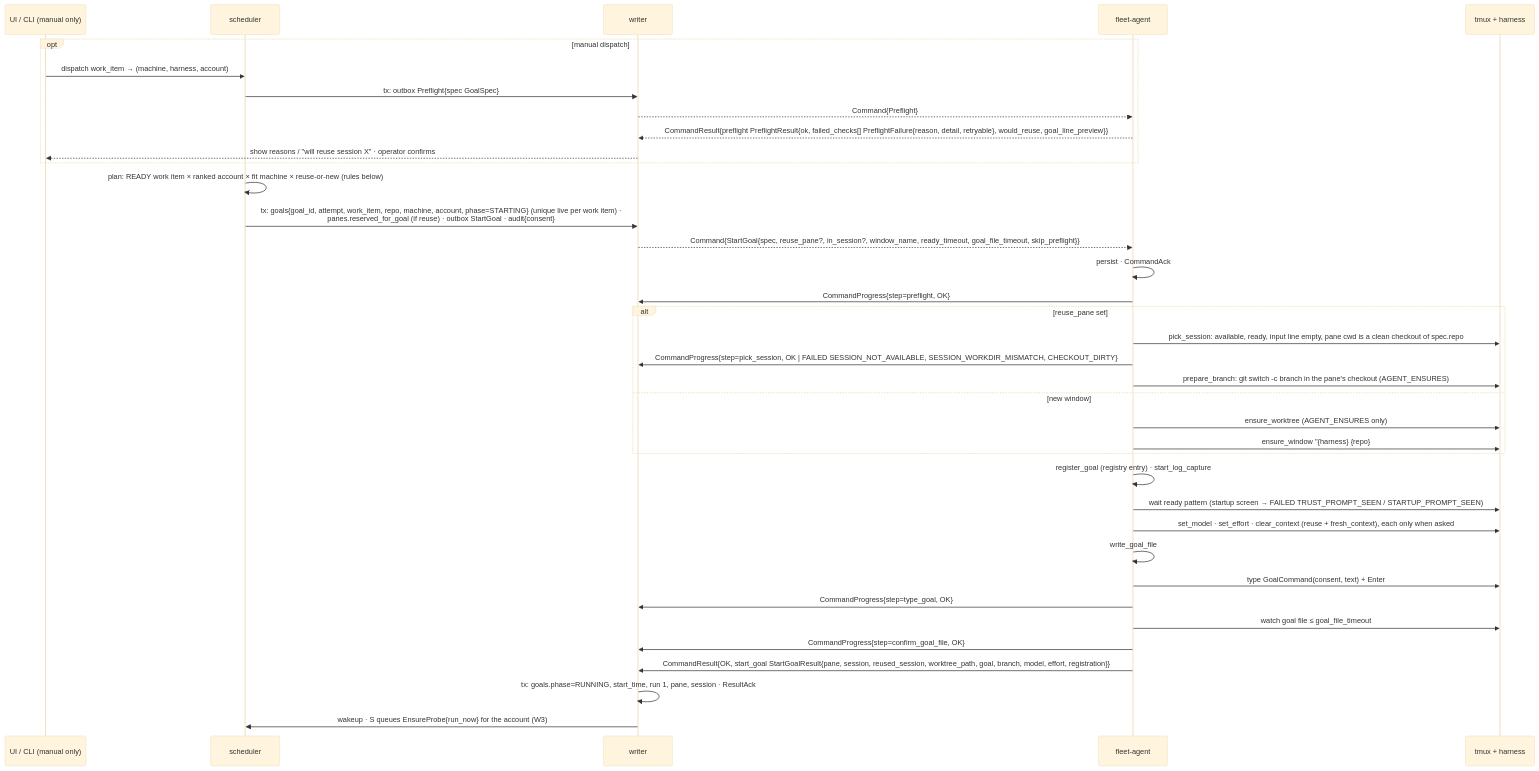
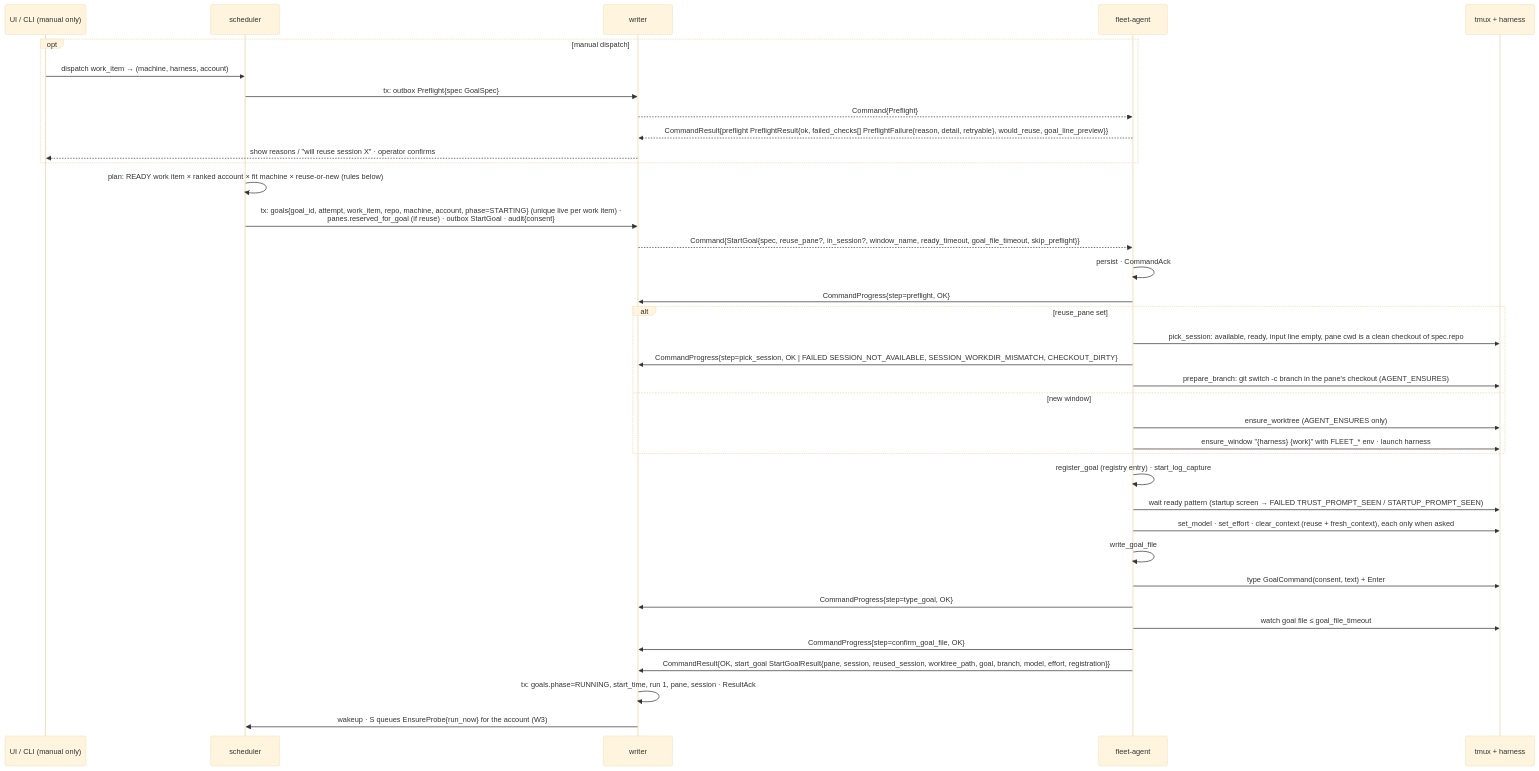
The first of 4 diagrams in docs/specs/03c-goals.md (linuxdynasty/fleet-board), drawn with Mermaid (base theme) before and after one commit. The commit also changed other lines of this file and 48 other files, not shown here.

````diff
--- a/docs/specs/03c-goals.md
+++ b/docs/specs/03c-goals.md
@@ -20,39 +20,39 @@
 ```mermaid
 sequenceDiagram
   participant U as UI / CLI (manual only)
   participant S as scheduler
   participant W as writer
   participant A as fleet-agent
   participant T as tmux + harness
   opt manual dispatch
     U->>S: dispatch work_item → (machine, harness, account)
     S->>W: tx: outbox Preflight{spec GoalSpec}
     W-->>A: Command{Preflight}
     A-->>W: CommandResult{preflight PreflightResult{ok, failed_checks[] PreflightFailure{reason, detail, retryable}, would_reuse, goal_line_preview}}
     W-->>U: show reasons / "will reuse session X" · operator confirms
   end
   S->>S: plan: READY work item × ranked account × fit machine × reuse-or-new (rules below)
   S->>W: tx: goals{goal_id, attempt, work_item, repo, machine, account, phase=STARTING} (unique live per work item) ·<br/>panes.reserved_for_goal (if reuse) · outbox StartGoal · audit{consent}
   W-->>A: Command{StartGoal{spec, reuse_pane?, in_session?, window_name, ready_timeout, goal_file_timeout, skip_preflight}}
   A->>A: persist · CommandAck
   A->>W: CommandProgress{step=preflight, OK}
   alt reuse_pane set
     A->>T: pick_session: available, ready, input line empty, pane cwd is a clean checkout of spec.repo
     A->>W: CommandProgress{step=pick_session, OK | FAILED SESSION_NOT_AVAILABLE, SESSION_WORKDIR_MISMATCH, CHECKOUT_DIRTY}
     A->>T: prepare_branch: git switch -c branch in the pane's checkout (AGENT_ENSURES)
   else new window
     A->>T: ensure_worktree (AGENT_ENSURES only)
-    A->>T: ensure_window "{harness} {repo}#{key}" with FLEET_* env · launch harness
+    A->>T: ensure_window "{harness} {work}" with FLEET_* env · launch harness
   end
   A->>A: register_goal (registry entry) · start_log_capture
   A->>T: wait ready pattern (startup screen → FAILED TRUST_PROMPT_SEEN / STARTUP_PROMPT_SEEN)
   A->>T: set_model · set_effort · clear_context (reuse + fresh_context), each only when asked
   A->>A: write_goal_file
   A->>T: type GoalCommand(consent, text) + Enter
   A->>W: CommandProgress{step=type_goal, OK}
   A->>T: watch goal file ≤ goal_file_timeout
   A->>W: CommandProgress{step=confirm_goal_file, OK}
   A->>W: CommandResult{OK, start_goal StartGoalResult{pane, session, reused_session, worktree_path, goal, branch, model, effort, registration}}
   W->>W: tx: goals.phase=RUNNING, start_time, run 1, pane, session · ResultAck
   W->>S: wakeup · S queues EnsureProbe{run_now} for the account (W3)
 ```
````
